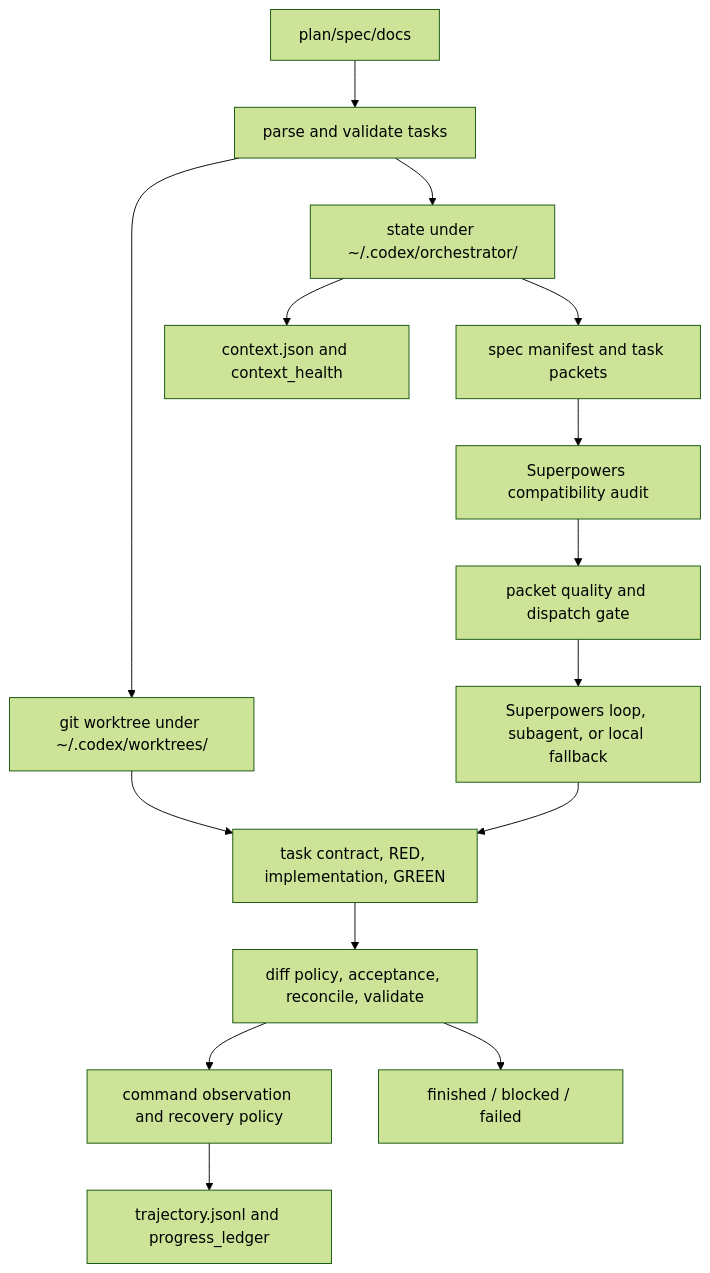
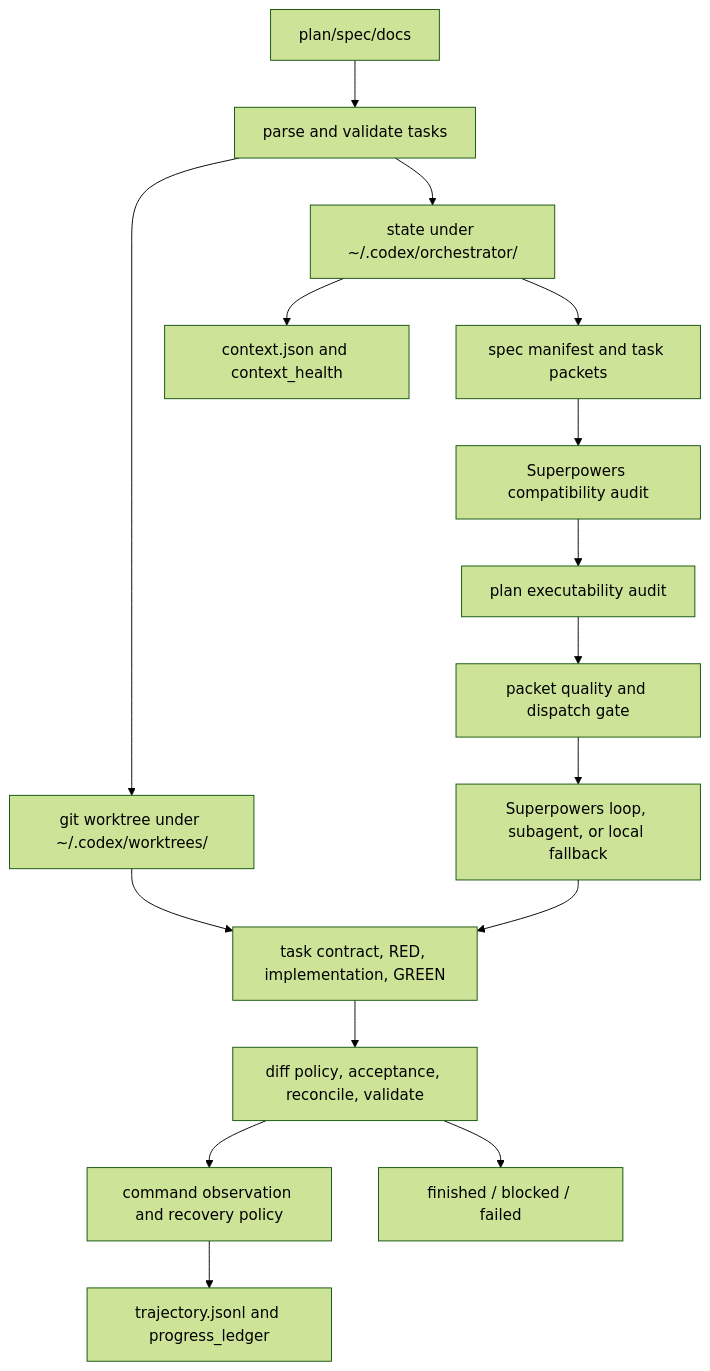
Before and after one commit to beyondwin/Archive: the diagram in skills/kws-codex-plan-executor/ARCHITECTURE.md, drawn with Mermaid (forest theme). The commit also changed 8 other files, not shown here.

Commit message:
docs: document CPE plan executability audit

````diff
--- a/skills/kws-codex-plan-executor/ARCHITECTURE.md
+++ b/skills/kws-codex-plan-executor/ARCHITECTURE.md
@@ -5,17 +5,18 @@
 ```mermaid
 flowchart TD
   Plan["plan/spec/docs"] --> Parse["parse and validate tasks"]
   Parse --> Worktree["git worktree under ~/.codex/worktrees/<run_id>"]
   Parse --> State["state under ~/.codex/orchestrator/<run_id>"]
   State --> Packet["spec manifest and task packets"]
   Packet --> Compat["Superpowers compatibility audit"]
-  Compat --> Gate["packet quality and dispatch gate"]
+  Compat --> ExecAudit["plan executability audit"]
+  ExecAudit --> Gate["packet quality and dispatch gate"]
   Gate --> Worker["Superpowers loop, subagent, or local fallback"]
   Worktree --> Task["task contract, RED, implementation, GREEN"]
   State --> Context["context.json and context_health"]
   Worker --> Task
   Task --> Verify["diff policy, acceptance, reconcile, validate"]
   Verify --> Recovery["command observation and recovery policy"]
   Recovery --> Trajectory["trajectory.jsonl and progress_ledger"]
   Verify --> Done["finished / blocked / failed"]
 ```
````
